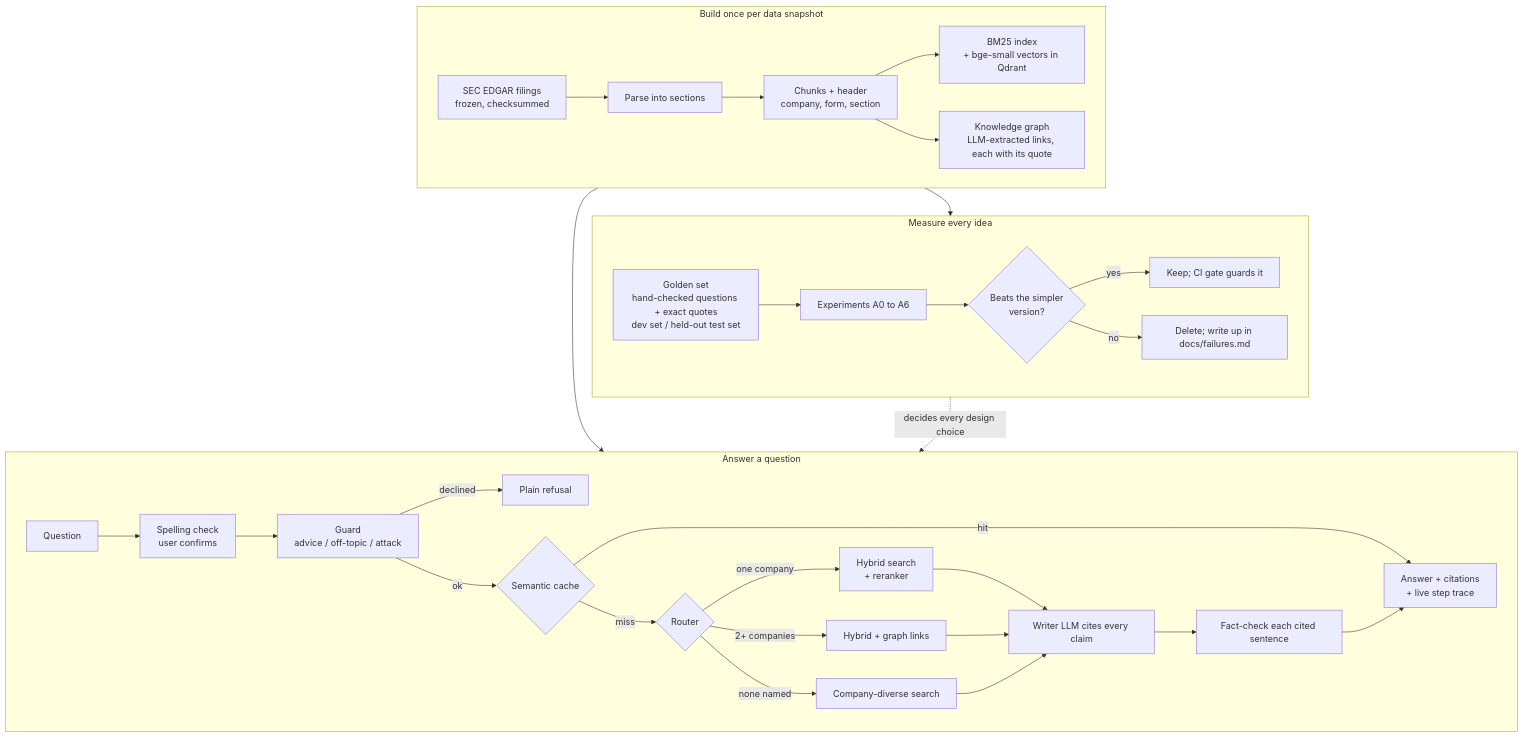
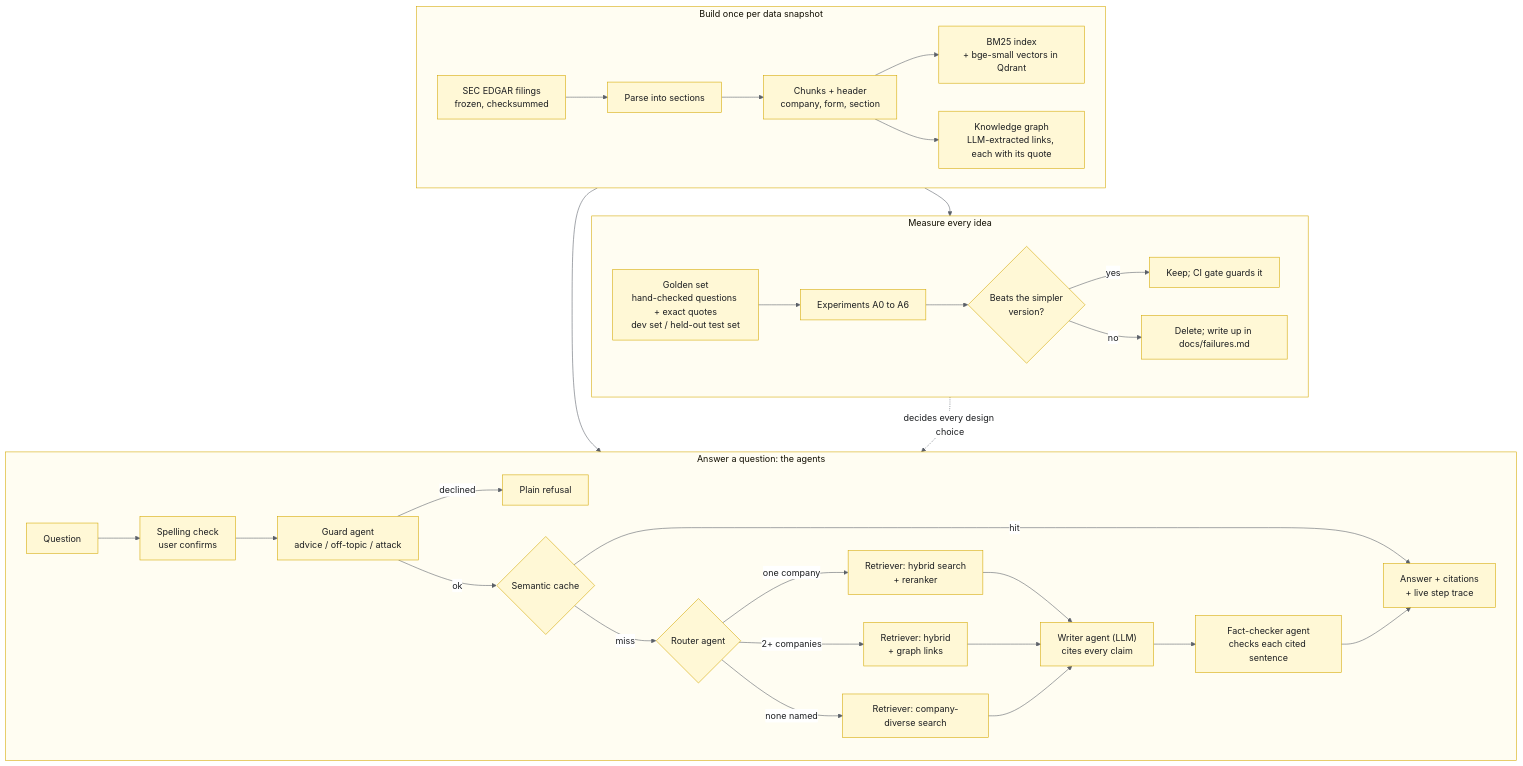
Before and after one commit to ATHARVA-87/kHop: the diagram in README.md, drawn with Mermaid. The commit also changed other lines of this file and 3 other files, not shown here.

````diff
--- a/README.md
+++ b/README.md
@@ -32,35 +24,36 @@
 ```mermaid
+%%{init: {"theme": "base", "themeVariables": {"primaryColor": "#FFF8D6", "primaryBorderColor": "#D4A800", "primaryTextColor": "#1C1E21", "lineColor": "#5B6068", "clusterBkg": "#FFFDF2", "clusterBorder": "#D4A800", "edgeLabelBackground": "#FFFFFF"}}}%%
 flowchart TB
     subgraph BUILD["Build once per data snapshot"]
         direction LR
         E["SEC EDGAR filings<br/>frozen, checksummed"] --> P["Parse into sections"]
         P --> CH["Chunks + header<br/>company, form, section"]
         CH --> IX["BM25 index<br/>+ bge-small vectors in Qdrant"]
         CH --> KG["Knowledge graph<br/>LLM-extracted links, each with its quote"]
     end
     subgraph EVAL["Measure every idea"]
         direction LR
         GS["Golden set<br/>hand-checked questions + exact quotes<br/>dev set / held-out test set"] --> EX["Experiments A0 to A6"]
         EX --> K{"Beats the simpler<br/>version?"}
         K -- "yes" --> KEEP["Keep; CI gate guards it"]
         K -- "no" --> DROP["Delete; write up in docs/failures.md"]
     end
-    subgraph ASK["Answer a question"]
+    subgraph ASK["Answer a question: the agents"]
         direction LR
         Q["Question"] --> S["Spelling check<br/>user confirms"]
-        S --> G["Guard<br/>advice / off-topic / attack"]
+        S --> G["Guard agent<br/>advice / off-topic / attack"]
         G -- "declined" --> REF["Plain refusal"]
         G -- "ok" --> C{"Semantic cache"}
         C -- "hit" --> A["Answer + citations<br/>+ live step trace"]
-        C -- "miss" --> R{"Router"}
-        R -- "one company" --> L["Hybrid search<br/>+ reranker"]
-        R -- "2+ companies" --> M["Hybrid + graph links"]
-        R -- "none named" --> W["Company-diverse search"]
-        L & M & W --> Wr["Writer LLM cites every claim"]
-        Wr --> V["Fact-check each cited sentence"]
+        C -- "miss" --> R{"Router agent"}
+        R -- "one company" --> L["Retriever: hybrid search<br/>+ reranker"]
+        R -- "2+ companies" --> M["Retriever: hybrid<br/>+ graph links"]
+        R -- "none named" --> W["Retriever: company-diverse search"]
+        L & M & W --> Wr["Writer agent (LLM)<br/>cites every claim"]
+        Wr --> V["Fact-checker agent<br/>checks each cited sentence"]
         V --> A
     end
     BUILD --> ASK
     BUILD --> EVAL
     EVAL -.->|"decides every design choice"| ASK
 ```
````
